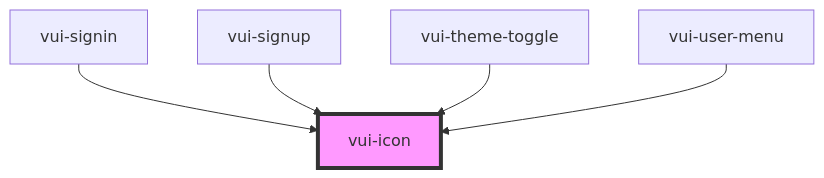
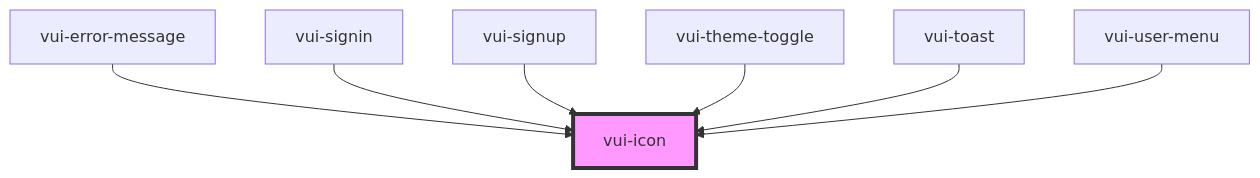
One commit to verite-team/verite-elements changed the diagram in packages/stencil-library/src/components/icon/readme.md. Above: the diagram before and after it, drawn with Mermaid. The commit also changed other lines of this file and 28 other files, not shown here.

````diff
--- a/packages/stencil-library/src/components/icon/readme.md
+++ b/packages/stencil-library/src/components/icon/readme.md
@@ -32,8 +34,10 @@
 ```mermaid
 graph TD;
+  vui-error-message --> vui-icon
   vui-signin --> vui-icon
   vui-signup --> vui-icon
   vui-theme-toggle --> vui-icon
+  vui-toast --> vui-icon
   vui-user-menu --> vui-icon
   style vui-icon fill:#f9f,stroke:#333,stroke-width:4px
 ```
````
